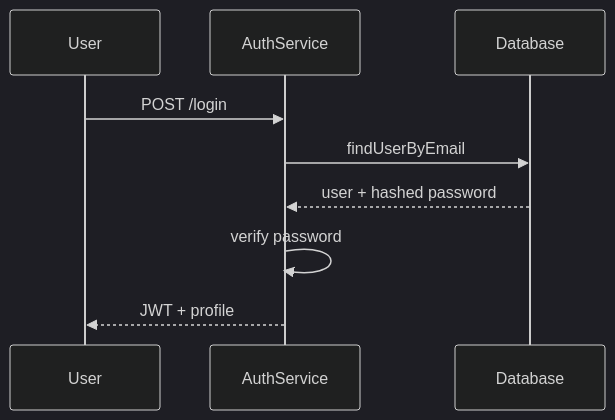
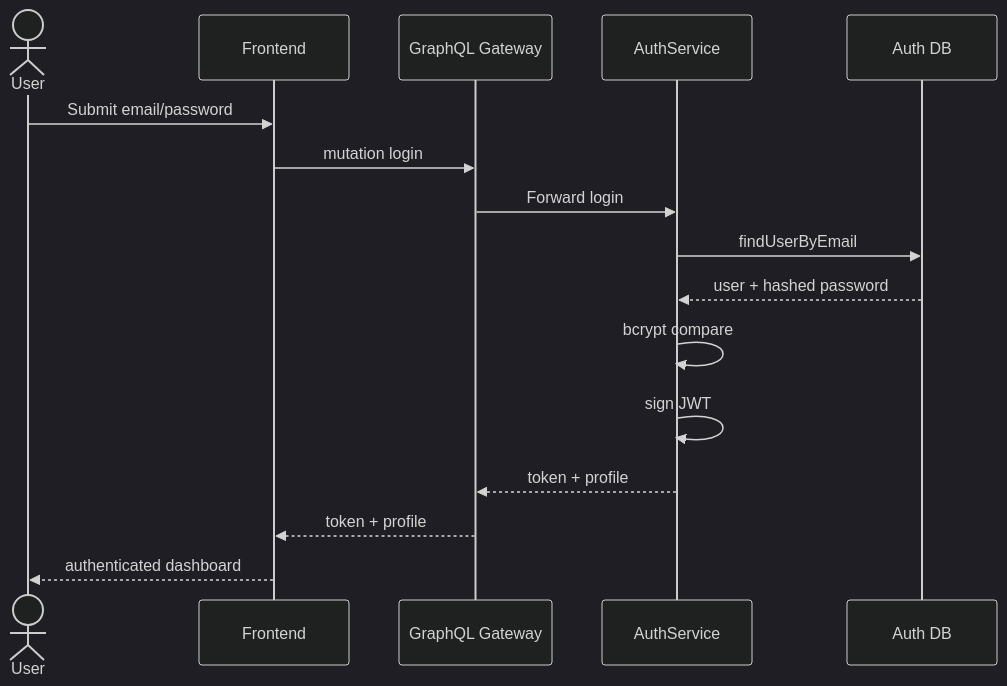
One commit to rayen43500/Smart-Urban-Traffic-Management-Platform changed the third of 6 diagrams in docs/uml.md. Above: the diagram before and after it, drawn with Mermaid (dark theme). The commit also changed other lines of this file and 64 other files, not shown here.

````diff
--- a/docs/uml.md
+++ b/docs/uml.md
@@ -75,12 +117,19 @@
 ```mermaid
 sequenceDiagram
-  participant User
+  actor User
+  participant Frontend
+  participant Gateway as GraphQL Gateway
   participant AuthService
-  participant Database
+  participant Database as Auth DB
 
-  User->>AuthService: POST /login
+  User->>Frontend: Submit email/password
+  Frontend->>Gateway: mutation login
+  Gateway->>AuthService: Forward login
   AuthService->>Database: findUserByEmail
   Database-->>AuthService: user + hashed password
-  AuthService->>AuthService: verify password
-  AuthService-->>User: JWT + profile
+  AuthService->>AuthService: bcrypt compare
+  AuthService->>AuthService: sign JWT
+  AuthService-->>Gateway: token + profile
+  Gateway-->>Frontend: token + profile
+  Frontend-->>User: authenticated dashboard
 ```
````
